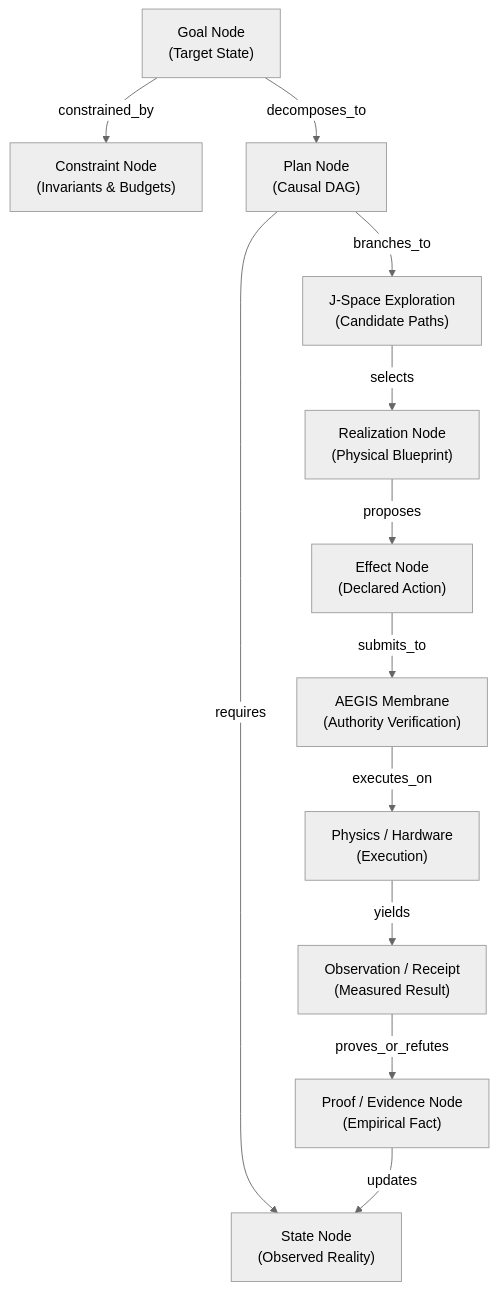
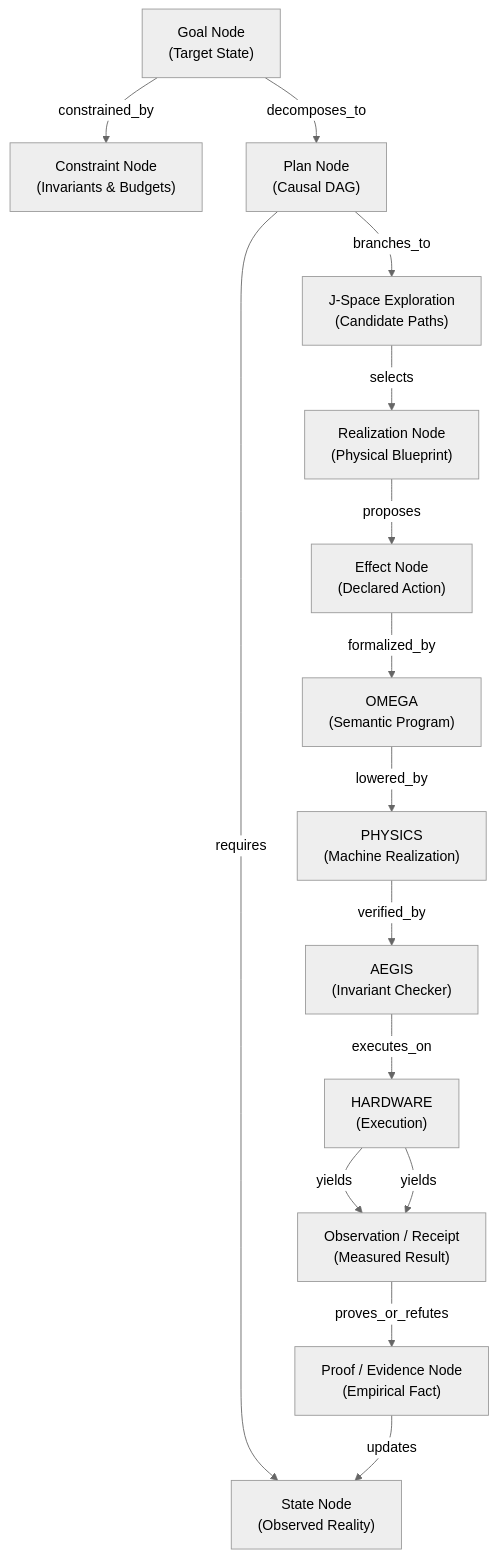
Before and after one commit to aien-dev/aien-architecture: the first of 2 diagrams in doctrine/AIEN.md, drawn with Mermaid (neutral theme). The commit also changed other lines of this file and 11 other files, not shown here.

First line of the commit message:
docs(doctrine): reconcile ADR 0005 and align doctrine with PHYSICS and AEGIS separation (#38)

````diff
--- a/doctrine/AIEN.md
+++ b/doctrine/AIEN.md
@@ -104,14 +104,17 @@
 ```mermaid
 graph TD
     G["Goal Node<br/>(Target State)"] -->|constrained_by| C["Constraint Node<br/>(Invariants & Budgets)"]
     G -->|decomposes_to| P["Plan Node<br/>(Causal DAG)"]
     P -->|requires| S["State Node<br/>(Observed Reality)"]
     P -->|branches_to| J["J-Space Exploration<br/>(Candidate Paths)"]
     J -->|selects| R["Realization Node<br/>(Physical Blueprint)"]
     R -->|proposes| E["Effect Node<br/>(Declared Action)"]
-    E -->|submits_to| A["AEGIS Membrane<br/>(Authority Verification)"]
-    A -->|executes_on| PHY["Physics / Hardware<br/>(Execution)"]
-    PHY -->|yields| OBS["Observation / Receipt<br/>(Measured Result)"]
+    E -->|formalized_by| O["OMEGA<br/>(Semantic Program)"]
+    O -->|lowered_by| PHY["PHYSICS<br/>(Machine Realization)"]
+    PHY -->|verified_by| A["AEGIS<br/>(Invariant Checker)"]
+    A -->|executes_on| HW["HARDWARE<br/>(Execution)"]
+    HW -->|yields| OBS
+    HW -->|yields| OBS["Observation / Receipt<br/>(Measured Result)"]
     OBS -->|proves_or_refutes| PRF["Proof / Evidence Node<br/>(Empirical Fact)"]
     PRF -->|updates| S
 ```
````
